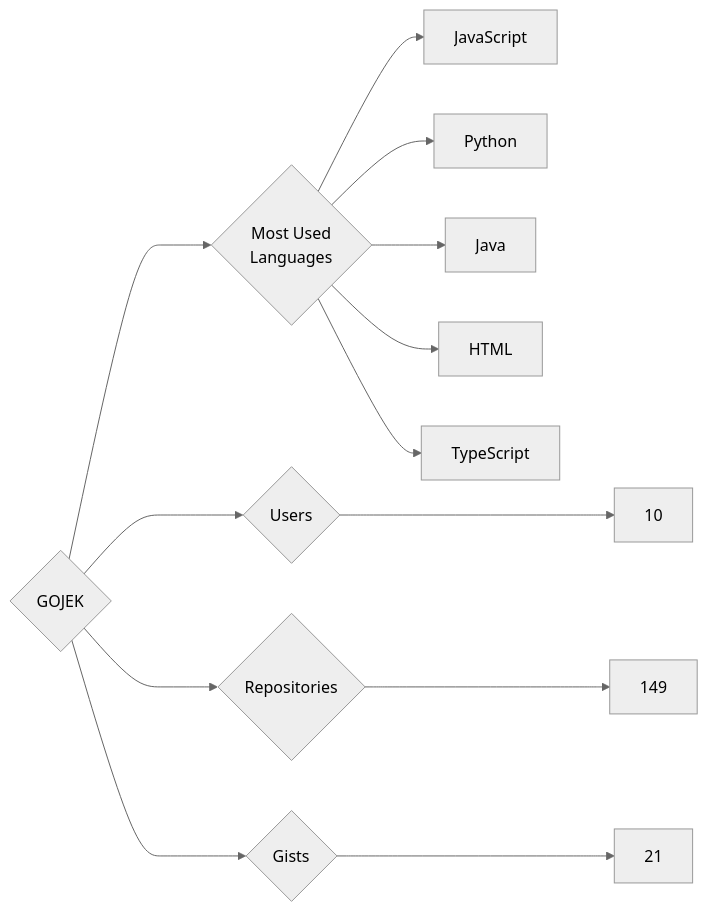
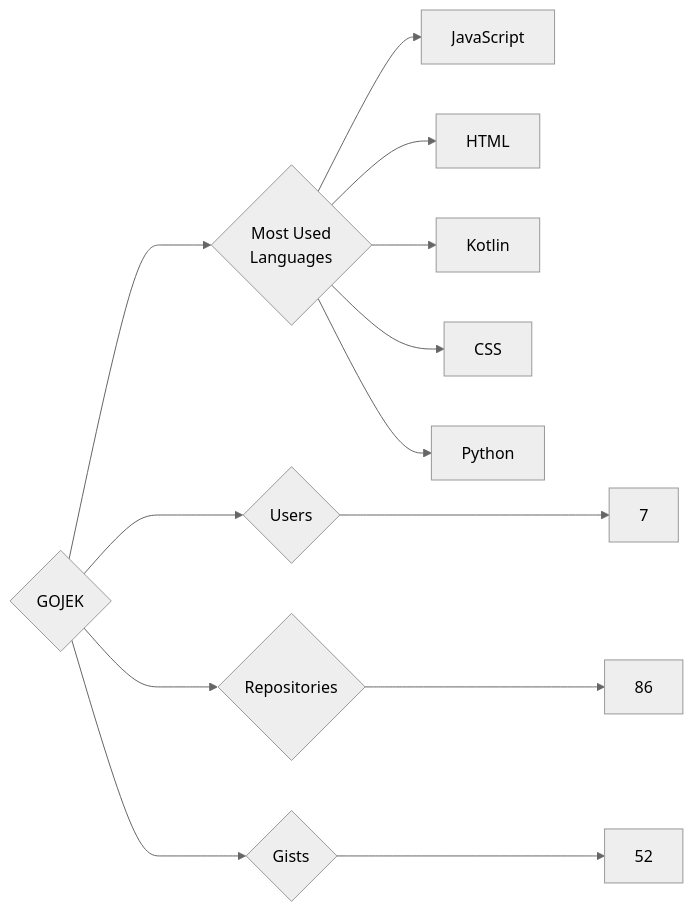
Before and after one commit to trickest/insiders: the diagram in targets/GOJEK/README.md, drawn with Mermaid (neutral theme). The commit also changed 1084 other files, not shown here.

````diff
--- a/targets/GOJEK/README.md
+++ b/targets/GOJEK/README.md
@@ -3,13 +3,13 @@
 ```mermaid
 graph LR
 COMPANY_NAME{GOJEK}
-COMPANY_NAME ---> U{Users} ---> UN[10]
-COMPANY_NAME ---> R{Repositories} ---> RN[149]
-COMPANY_NAME ---> G{Gists} ---> GN[21]
+COMPANY_NAME ---> U{Users} ---> UN[7]
+COMPANY_NAME ---> R{Repositories} ---> RN[86]
+COMPANY_NAME ---> G{Gists} ---> GN[52]
 COMPANY_NAME ---> ML{Most Used<br>Languages}
 ML --> JavaScript[JavaScript]
+ML --> HTML[HTML]
+ML --> Kotlin[Kotlin]
+ML --> CSS[CSS]
 ML --> Python[Python]
-ML --> Java[Java]
-ML --> HTML[HTML]
-ML --> TypeScript[TypeScript]
 ```
````
